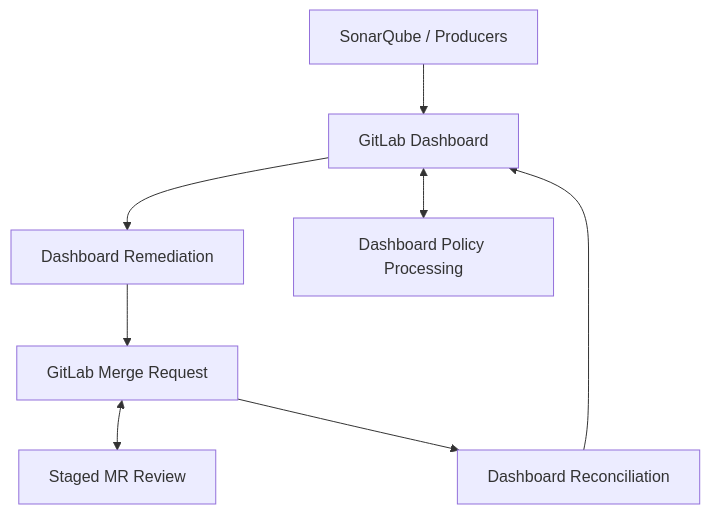
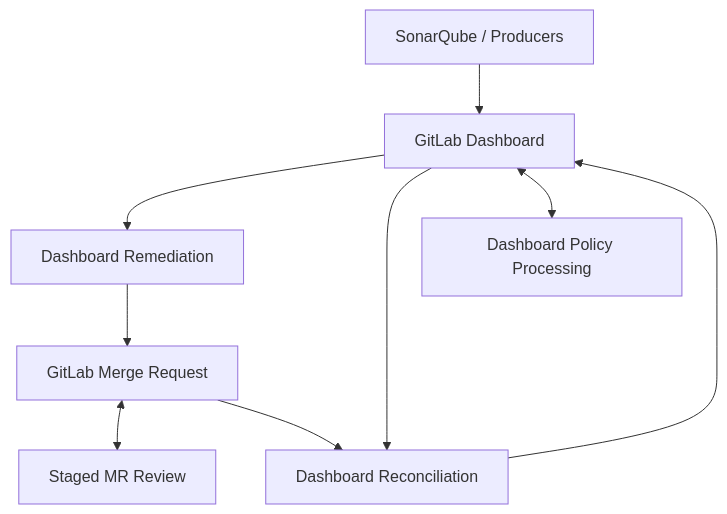
Before and after one commit to JustinMelger/ZeroOne-ops: the diagram in README.md, drawn with Mermaid.

Commit message:
docs: dashboard reconcilation

````diff
--- a/README.md
+++ b/README.md
@@ -46,10 +46,11 @@
 ```mermaid
 flowchart TD
     A[SonarQube / Producers] --> B[GitLab Dashboard]
     B --> C[Dashboard Remediation]
     C --> D[GitLab Merge Request]
     D <--> E[Staged MR Review]
+    B --> F[Dashboard Reconciliation]
     D --> F[Dashboard Reconciliation]
     F --> B
     B <--> G[Dashboard Policy Processing]
 ```
````
